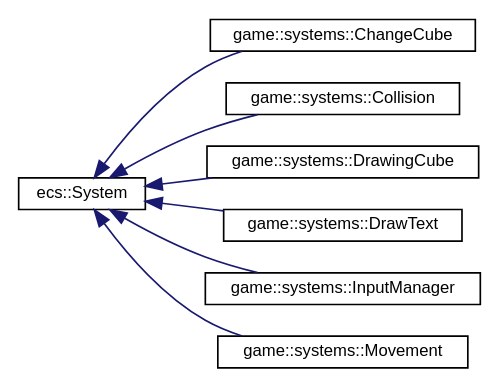
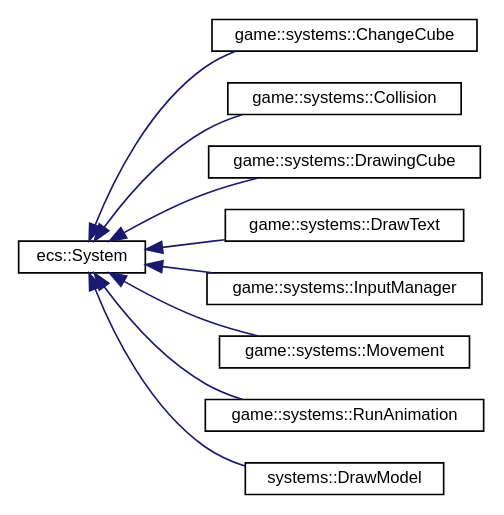
Before and after one commit to MisterPeModder/Bomberman-Global-Offensive: the diagram in inherit_graph_20.dot, drawn with Graphviz. The commit also changed 588 other files, not shown here.

```diff
--- a/inherit_graph_20.dot
+++ b/inherit_graph_20.dot
@@ -1,20 +1,24 @@
 digraph "Graphical Class Hierarchy"
 {
  // LATEX_PDF_SIZE
   edge [fontname="Helvetica",fontsize="10",labelfontname="Helvetica",labelfontsize="10"];
   node [fontname="Helvetica",fontsize="10",shape=record];
   rankdir="LR";
   Node0 [label="ecs::System",height=0.2,width=0.4,color="black", fillcolor="white", style="filled",URL="$classecs_1_1_system.html",tooltip="The base system type, all systems must inherit from System."];
   Node0 -> Node1 [dir="back",color="midnightblue",fontsize="10",style="solid",fontname="Helvetica"];
   Node1 [label="game::systems::ChangeCube",height=0.2,width=0.4,color="black", fillcolor="white", style="filled",URL="$structgame_1_1systems_1_1_change_cube.html",tooltip="ChangeCube system."];
   Node0 -> Node2 [dir="back",color="midnightblue",fontsize="10",style="solid",fontname="Helvetica"];
   Node2 [label="game::systems::Collision",height=0.2,width=0.4,color="black", fillcolor="white", style="filled",URL="$structgame_1_1systems_1_1_collision.html",tooltip="Collisions resolver system."];
   Node0 -> Node3 [dir="back",color="midnightblue",fontsize="10",style="solid",fontname="Helvetica"];
   Node3 [label="game::systems::DrawingCube",height=0.2,width=0.4,color="black", fillcolor="white", style="filled",URL="$structgame_1_1systems_1_1_drawing_cube.html",tooltip="Drawing cube system."];
   Node0 -> Node4 [dir="back",color="midnightblue",fontsize="10",style="solid",fontname="Helvetica"];
   Node4 [label="game::systems::DrawText",height=0.2,width=0.4,color="black", fillcolor="white", style="filled",URL="$structgame_1_1systems_1_1_draw_text.html",tooltip="Draw text system."];
   Node0 -> Node5 [dir="back",color="midnightblue",fontsize="10",style="solid",fontname="Helvetica"];
   Node5 [label="game::systems::InputManager",height=0.2,width=0.4,color="black", fillcolor="white", style="filled",URL="$structgame_1_1systems_1_1_input_manager.html",tooltip="System managing all the users inputs."];
   Node0 -> Node6 [dir="back",color="midnightblue",fontsize="10",style="solid",fontname="Helvetica"];
   Node6 [label="game::systems::Movement",height=0.2,width=0.4,color="black", fillcolor="white", style="filled",URL="$structgame_1_1systems_1_1_movement.html",tooltip="Movement system."];
+  Node0 -> Node7 [dir="back",color="midnightblue",fontsize="10",style="solid",fontname="Helvetica"];
+  Node7 [label="game::systems::RunAnimation",height=0.2,width=0.4,color="black", fillcolor="white", style="filled",URL="$structgame_1_1systems_1_1_run_animation.html",tooltip=" "];
+  Node0 -> Node8 [dir="back",color="midnightblue",fontsize="10",style="solid",fontname="Helvetica"];
+  Node8 [label="systems::DrawModel",height=0.2,width=0.4,color="black", fillcolor="white", style="filled",URL="$structsystems_1_1_draw_model.html",tooltip=" "];
 }
```
